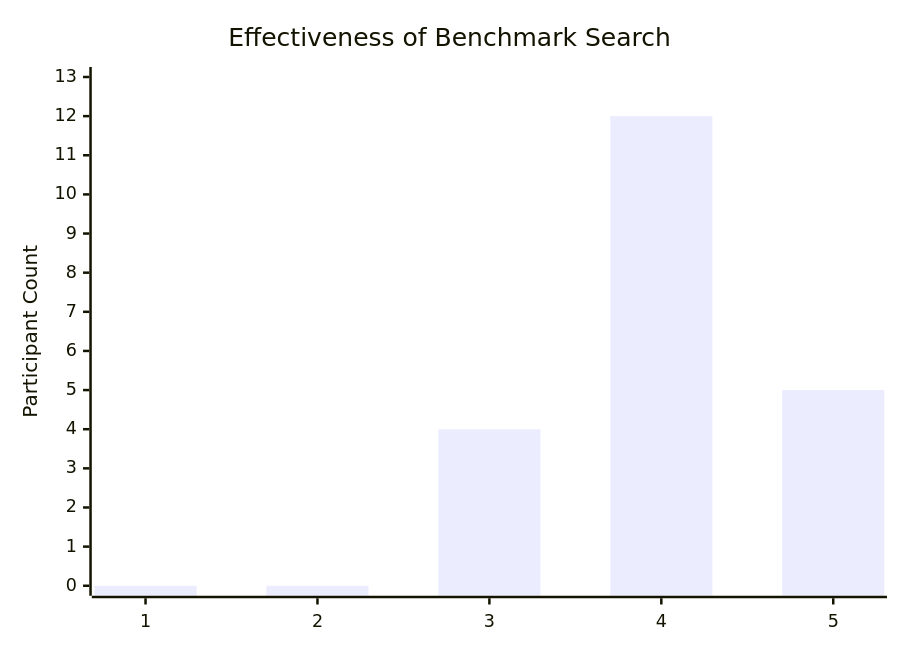
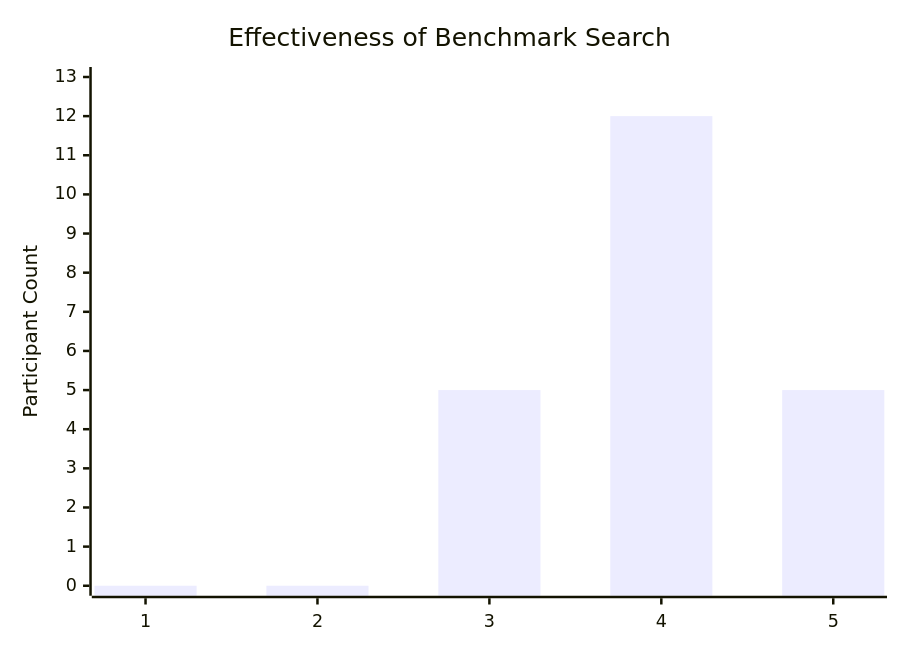
Before and after one commit to anonym-evalpro/EvalPro: the seventh of 15 diagrams in Search/README.md, drawn with Mermaid. The commit also changed other lines of this file and 1 other file, not shown here.

````diff
--- a/Search/README.md
+++ b/Search/README.md
@@ -76,7 +76,7 @@
        ```mermaid
         xychart-beta
         title "Effectiveness of Benchmark Search"
         x-axis ["1", "2", "3", "4", "5"]
         y-axis "Participant Count" 0 --> 13
-        bar [0, 0, 4, 12, 5]
+        bar [0, 0, 5, 12, 5]
        ```
````
